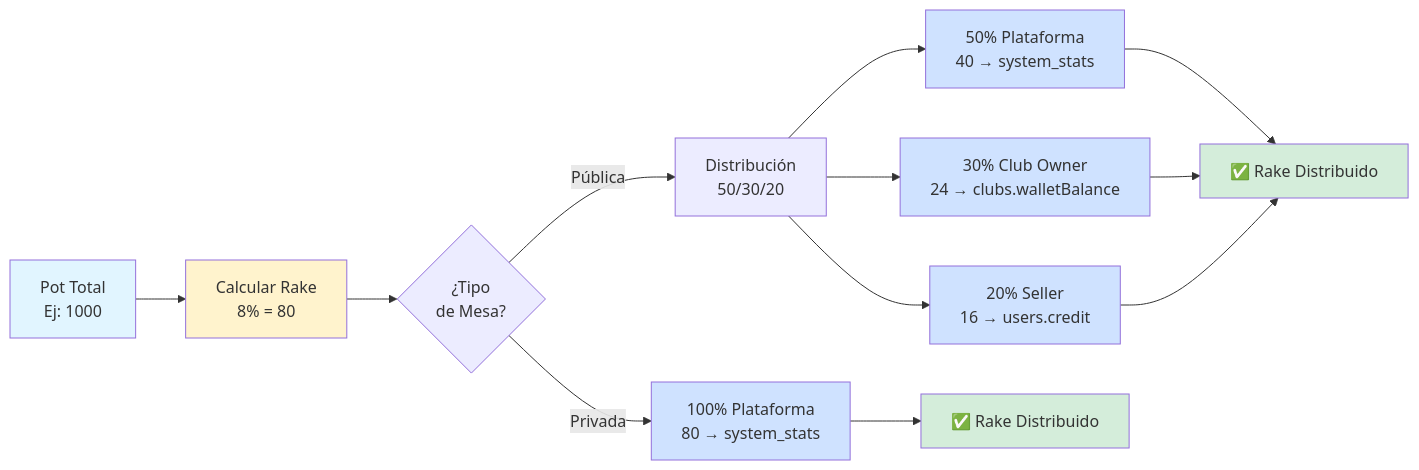
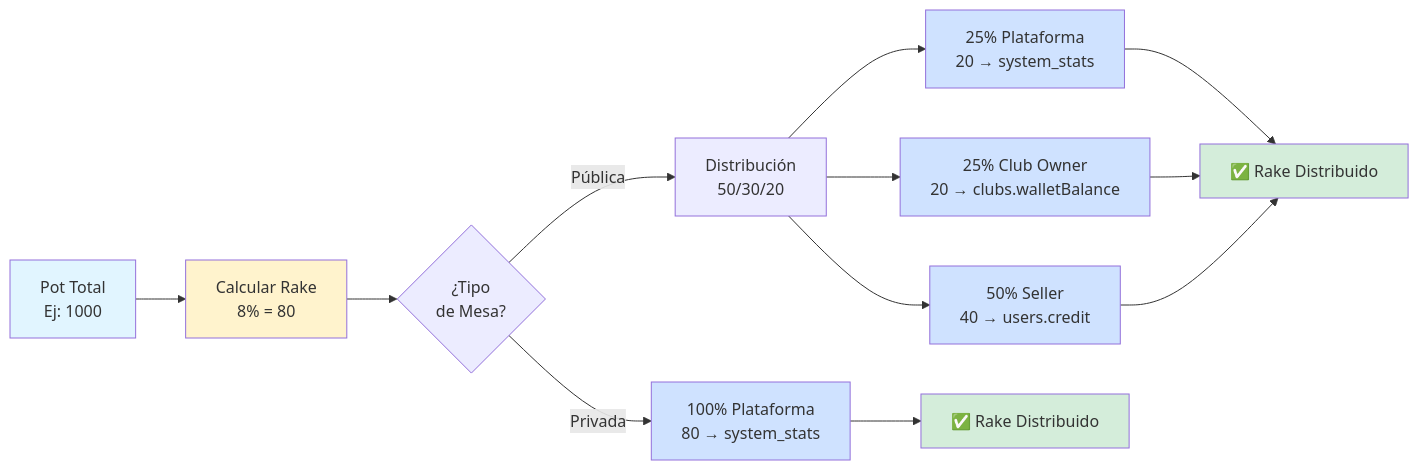
One commit to ManitosXpress/PokerImperial changed the second of 5 diagrams in DIAGRAMA_CICLO_ECONOMICO.md. Above: the diagram before and after it, drawn with Mermaid. The commit also changed other lines of this file and 5 other files, not shown here.

````diff
--- a/DIAGRAMA_CICLO_ECONOMICO.md
+++ b/DIAGRAMA_CICLO_ECONOMICO.md
@@ -97,27 +96,28 @@
 ```mermaid
 flowchart LR
     Pot[Pot Total<br/>Ej: 1000] --> CalculateRake[Calcular Rake<br/>8% = 80]
     
     CalculateRake --> CheckType{¿Tipo<br/>de Mesa?}
     
     CheckType -->|Privada| PrivateFlow[100% Plataforma<br/>80 → system_stats]
     CheckType -->|Pública| PublicFlow[Distribución<br/>50/30/20]
     
-    PublicFlow --> Platform[50% Plataforma<br/>40 → system_stats]
-    PublicFlow --> Club[30% Club Owner<br/>24 → clubs.walletBalance]
-    PublicFlow --> Seller[20% Seller<br/>16 → users.credit]
+    
+    PublicFlow --> Platform[25% Plataforma<br/>20 → system_stats]
+    PublicFlow --> Club[25% Club Owner<br/>20 → clubs.walletBalance]
+    PublicFlow --> Seller[50% Seller<br/>40 → users.credit]
     
     PrivateFlow --> EndPrivate[✅ Rake Distribuido]
     Platform --> EndPublic[✅ Rake Distribuido]
     Club --> EndPublic
     Seller --> EndPublic
     
     style Pot fill:#e1f5ff
     style CalculateRake fill:#fff3cd
     style PrivateFlow fill:#cfe2ff
     style Platform fill:#cfe2ff
     style Club fill:#cfe2ff
     style Seller fill:#cfe2ff
     style EndPrivate fill:#d4edda
     style EndPublic fill:#d4edda
 ```
````
